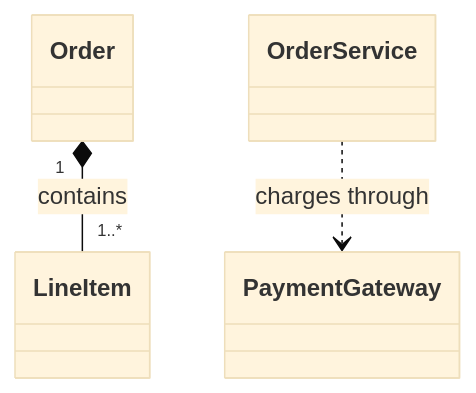
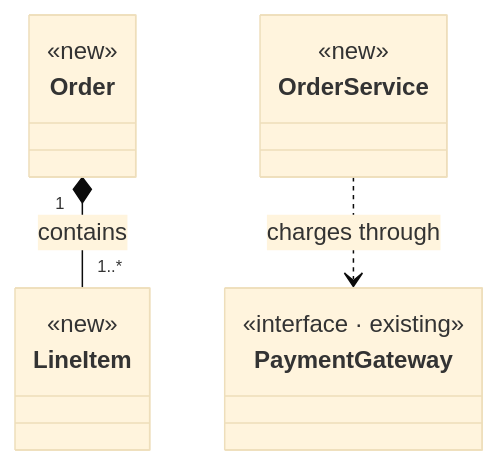
One commit to stevecyj/skills changed the seventh of 12 diagrams in .agents/skills/plan-with-class-diagram/rules/類別圖輸出-格式規範.md. Above: the diagram before and after it, drawn with Mermaid (base theme). The commit also changed other lines of this file and 26 other files, not shown here.

````diff
--- a/.agents/skills/plan-with-class-diagram/rules/類別圖輸出-格式規範.md
+++ b/.agents/skills/plan-with-class-diagram/rules/類別圖輸出-格式規範.md
@@ -115,5 +178,21 @@
 ```mermaid
 classDiagram
     Order "1" *-- "1..*" LineItem : contains
     OrderService ..> PaymentGateway : charges through
+
+    class Order:::added {
+        <<new>>
+    }
+
+    class LineItem:::added {
+        <<new>>
+    }
+
+    class OrderService:::added {
+        <<new>>
+    }
+
+    class PaymentGateway:::kept {
+        <<interface · existing>>
+    }
 ```
````
